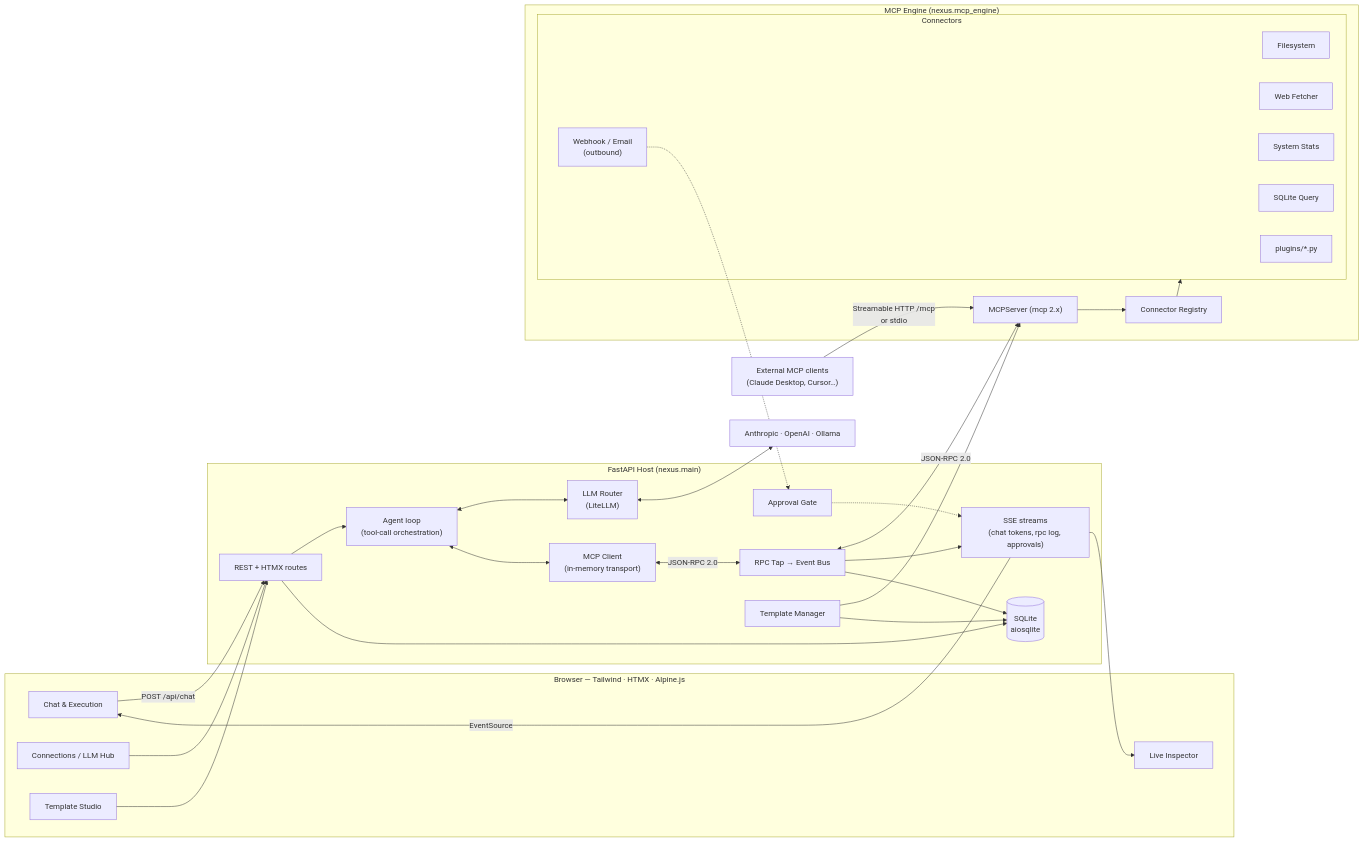
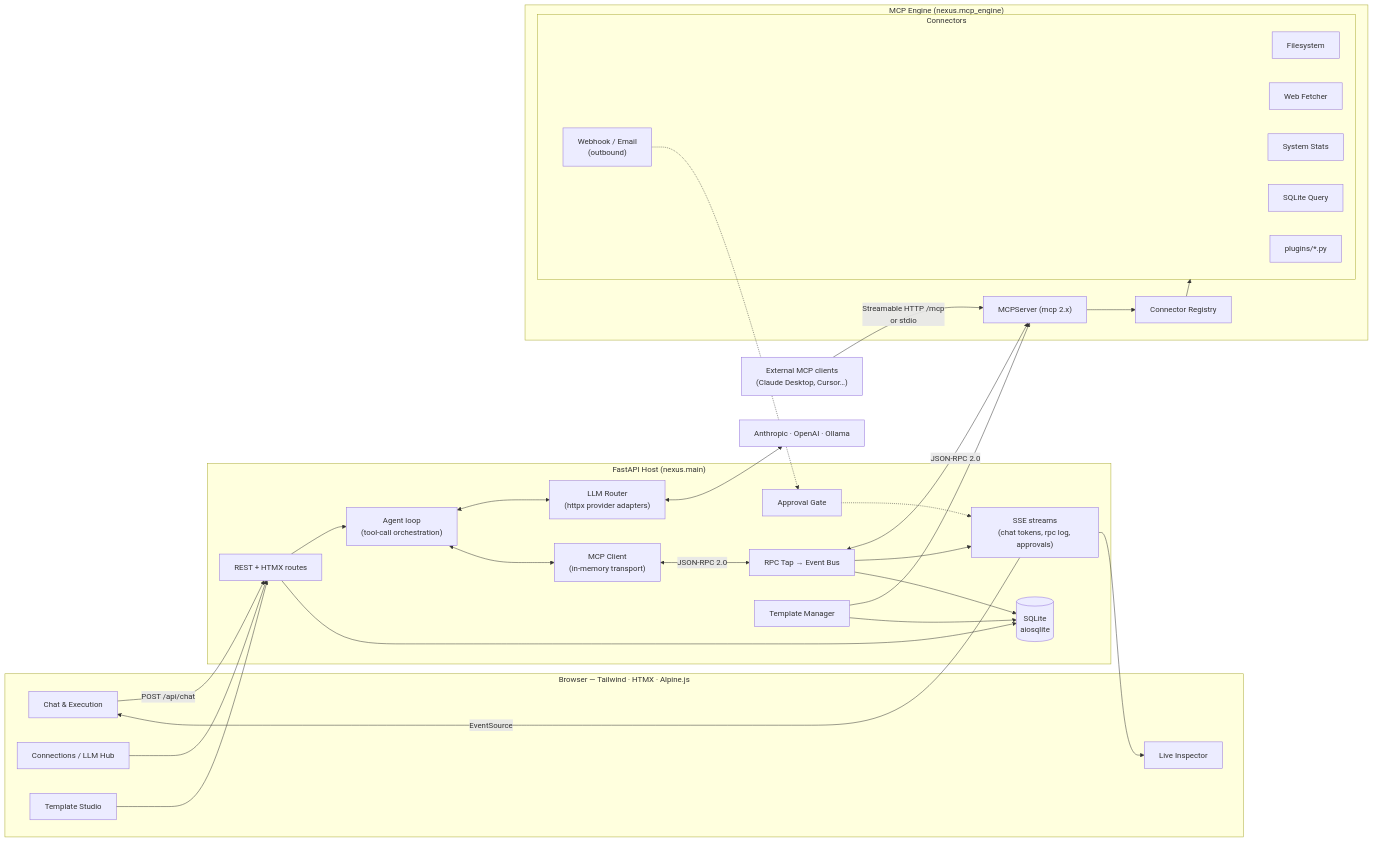
The first of 2 diagrams in docs/ARCHITECTURE.md (BMKoscak/mcp-nexus), drawn with Mermaid before and after one commit. The commit also changed other lines of this file and 6 other files, not shown here.

First line of the commit message:
refactor(llm): replace LiteLLM with direct httpx provider clients

````diff
--- a/docs/ARCHITECTURE.md
+++ b/docs/ARCHITECTURE.md
@@ -17,57 +17,57 @@
 ```mermaid
 flowchart LR
     subgraph Browser["Browser — Tailwind · HTMX · Alpine.js"]
         UI_Chat["Chat & Execution"]
         UI_Conn["Connections / LLM Hub"]
         UI_Tpl["Template Studio"]
         UI_Insp["Live Inspector"]
     end
 
     subgraph Host["FastAPI Host (nexus.main)"]
         API["REST + HTMX routes"]
         SSE["SSE streams<br/>(chat tokens, rpc log, approvals)"]
-        Router["LLM Router<br/>(LiteLLM)"]
+        Router["LLM Router<br/>(httpx provider adapters)"]
         Agent["Agent loop<br/>(tool-call orchestration)"]
         Client["MCP Client<br/>(in-memory transport)"]
         Tap["RPC Tap → Event Bus"]
         Approve["Approval Gate"]
         TplMgr["Template Manager"]
         DB[("SQLite<br/>aiosqlite")]
     end
 
     subgraph Engine["MCP Engine (nexus.mcp_engine)"]
         Server["MCPServer (mcp 2.x)"]
         Registry["Connector Registry"]
         subgraph Connectors
             FS["Filesystem"]
             WH["Webhook / Email<br/>(outbound)"]
             WF["Web Fetcher"]
             SYS["System Stats"]
             SQLQ["SQLite Query"]
             PLUG["plugins/*.py"]
         end
     end
 
     LLMs["Anthropic · OpenAI · Ollama"]
     Ext["External MCP clients<br/>(Claude Desktop, Cursor…)"]
 
     UI_Chat -- "POST /api/chat" --> API
     UI_Conn --> API
     UI_Tpl --> API
     SSE -- "EventSource" --> UI_Chat
     SSE --> UI_Insp
     API --> Agent
     Agent <--> Router
     Router <--> LLMs
     Agent <--> Client
     Client <-- "JSON-RPC 2.0" --> Tap
     Tap <-- "JSON-RPC 2.0" --> Server
     Tap --> SSE
     Server --> Registry --> Connectors
     WH -.-> Approve -.-> SSE
     TplMgr --> Server
     API --> DB
     TplMgr --> DB
     Tap --> DB
     Ext -- "Streamable HTTP /mcp<br/>or stdio" --> Server
 ```
````
